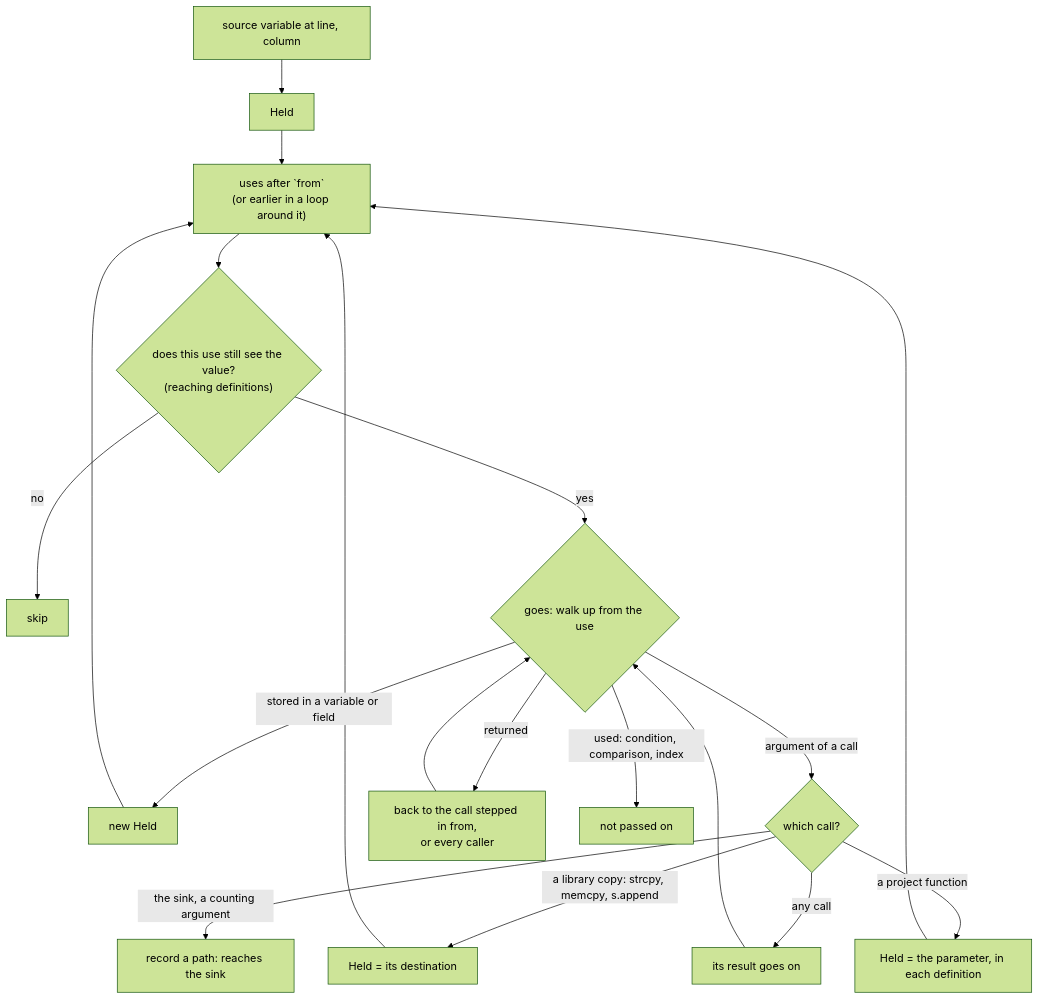
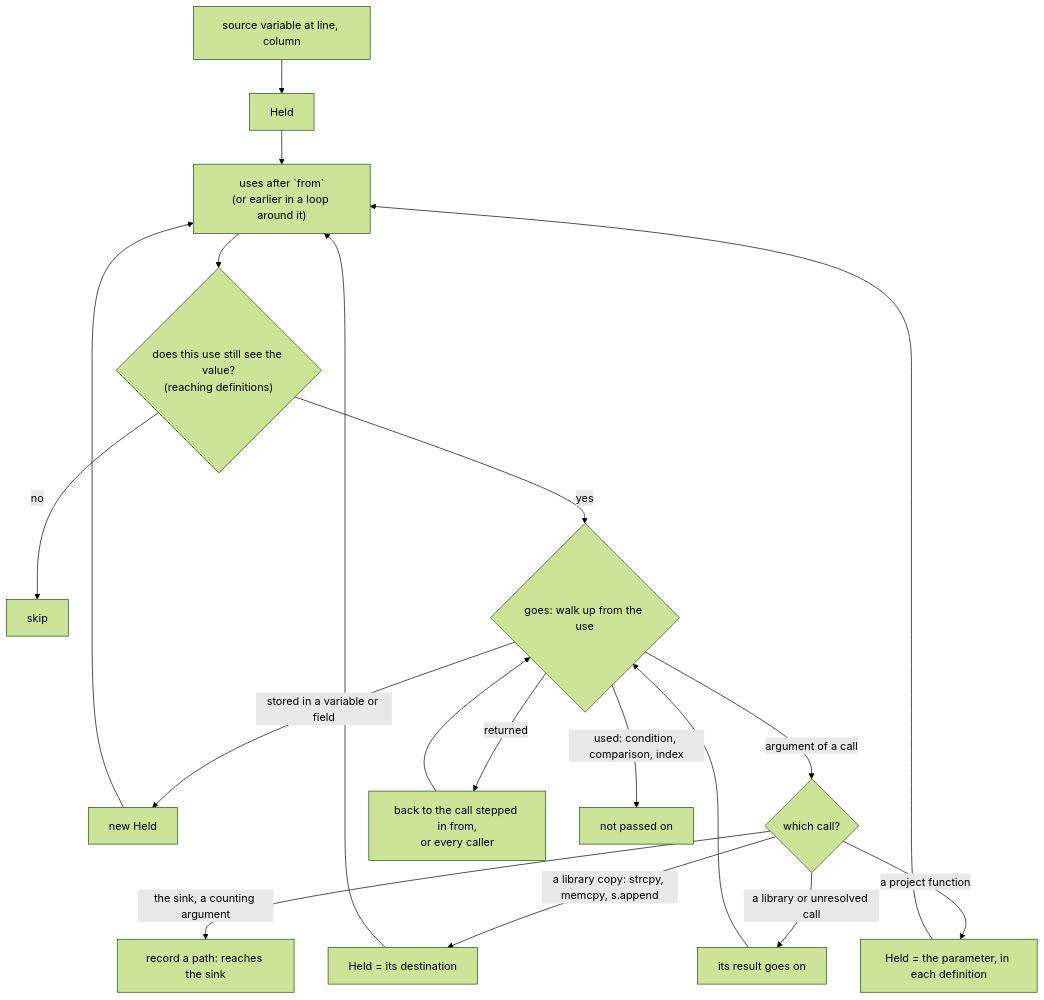
One commit to jdefrancesco/SrcWranglr changed the second of 2 diagrams in docs/matching-and-tracing.md. Above: the diagram before and after it, drawn with Mermaid (forest theme). The commit also changed other lines of this file and 3 other files, not shown here.

````diff
--- a/docs/matching-and-tracing.md
+++ b/docs/matching-and-tracing.md
@@ -262,16 +262,16 @@
 ```mermaid
 flowchart TD
     S[source variable at line, column] --> H[Held]
     H --> U["uses after `from`<br/>(or earlier in a loop around it)"]
     U --> R{"does this use still see the value?<br/>(reaching definitions)"}
     R -- no --> X[skip]
     R -- yes --> G{goes: walk up from the use}
     G -- stored in a variable or field --> H2[new Held] --> U
     G -- argument of a call --> A{which call?}
     A -- the sink, a counting argument --> SINK[record a path: reaches the sink]
     A -- a library copy: strcpy, memcpy, s.append --> H3[Held = its destination] --> U
     A -- a project function --> IN[Held = the parameter, in each definition] --> U
-    A -- any call --> RES[its result goes on] --> G
+    A -- a library or unresolved call --> RES[its result goes on] --> G
     G -- returned --> RET[back to the call stepped in from,<br/>or every caller] --> G
     G -- used: condition, comparison, index --> END[not passed on]
 ```
````
